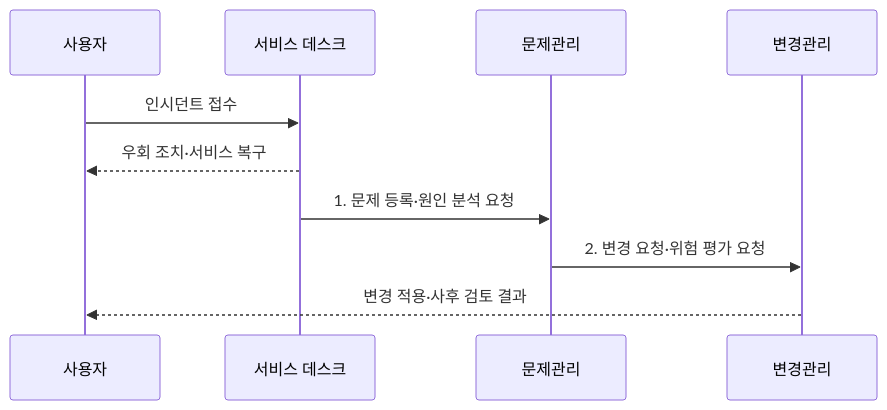
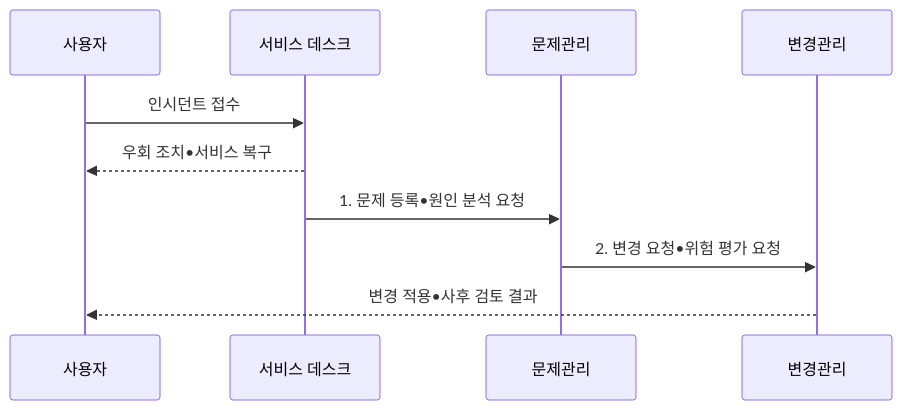
The second of 2 diagrams in src/content/docs/notes/07-law-policy/007_itsm_incident_change_problem.md (agnusdei1207/knowledge-base), drawn with Mermaid before and after one commit. The commit also changed other lines of this file and 953 other files, not shown here.

````diff
--- a/src/content/docs/notes/07-law-policy/007_itsm_incident_change_problem.md
+++ b/src/content/docs/notes/07-law-policy/007_itsm_incident_change_problem.md
@@ -108,12 +108,12 @@
 ```mermaid
 sequenceDiagram
     participant U as 사용자
     participant D as 서비스 데스크
     participant P as 문제관리
     participant C as 변경관리
     U->>D: 인시던트 접수
-    D-->>U: 우회 조치·서비스 복구
-    D->>P: 1. 문제 등록·원인 분석 요청
-    P->>C: 2. 변경 요청·위험 평가 요청
-    C-->>U: 변경 적용·사후 검토 결과
+    D-->>U: 우회 조치•서비스 복구
+    D->>P: 1. 문제 등록•원인 분석 요청
+    P->>C: 2. 변경 요청•위험 평가 요청
+    C-->>U: 변경 적용•사후 검토 결과
 ```
````
